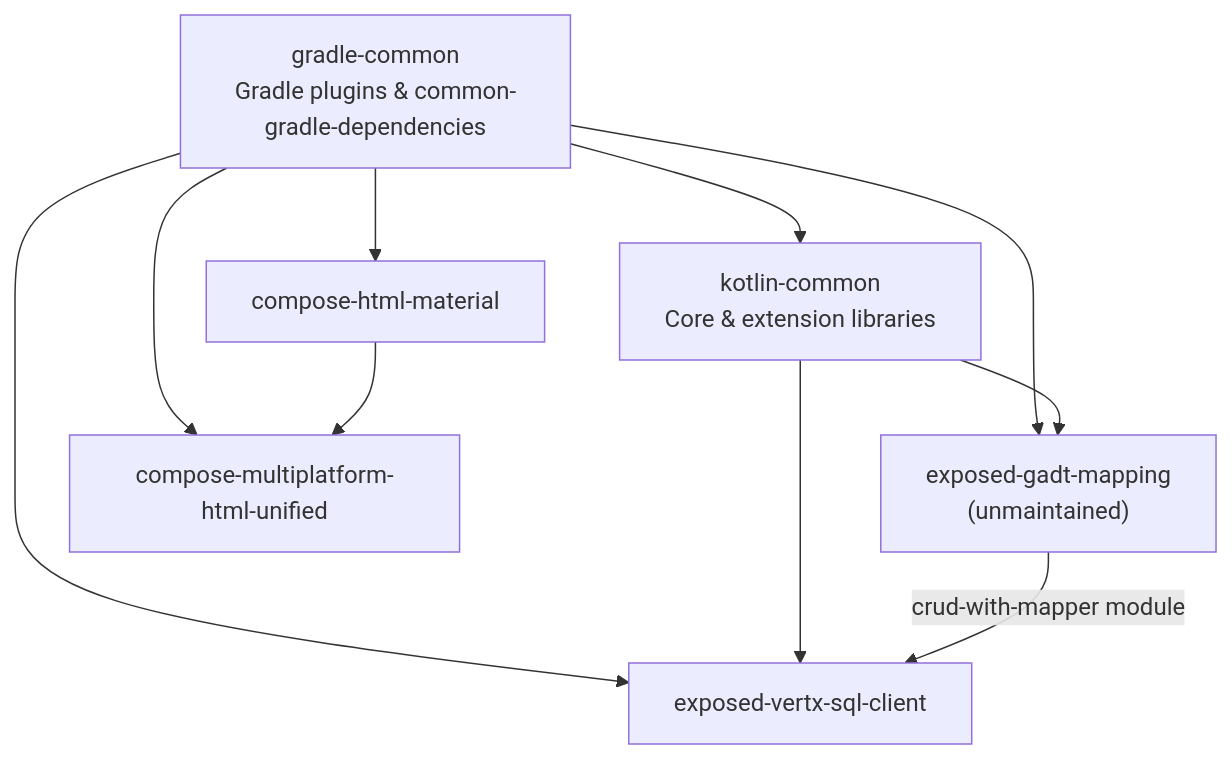
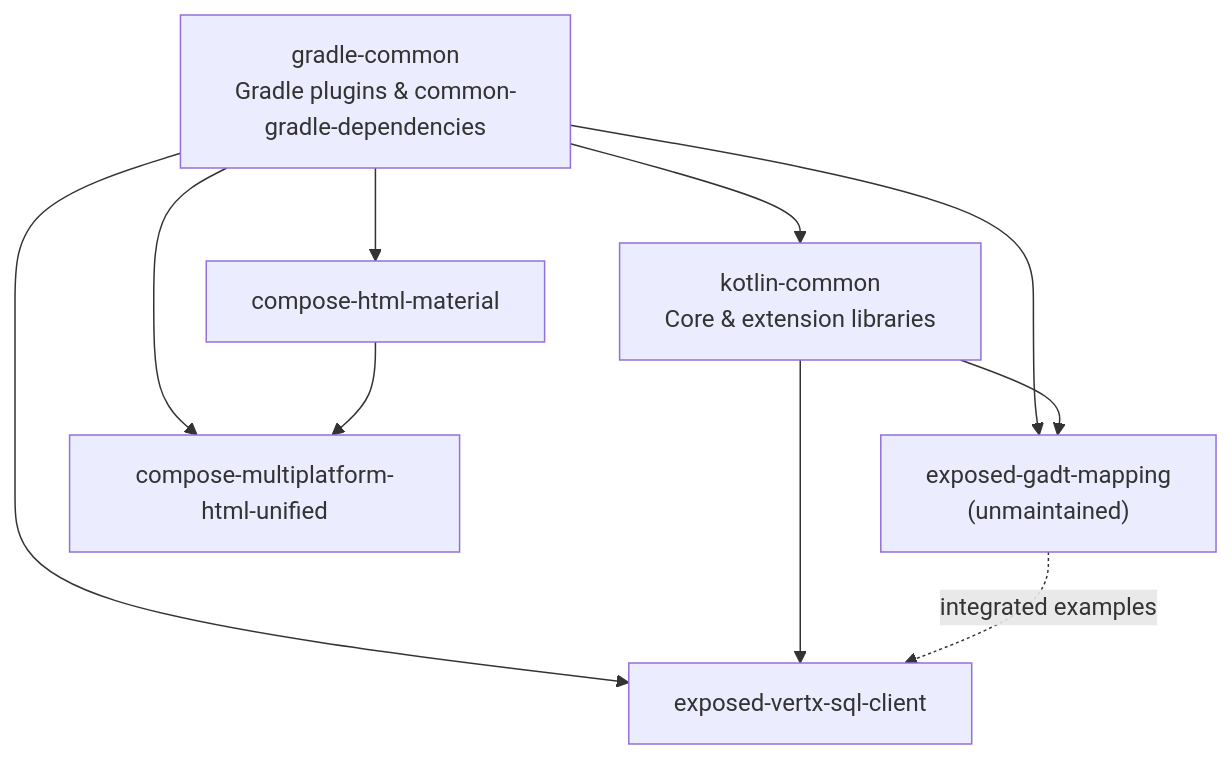
The diagram in docs/project-hierarchy.md (huanshankeji/.github), drawn with Mermaid before and after one commit. The commit also changed other lines of this file, not shown here.

Commit message:
Document mapper interfaces moving to kotlin-common
crud-with-mapper no longer depends on unmaintained exposed-gadt-mapping.
The remaining optional use is integrated examples.

````diff
--- a/docs/project-hierarchy.md
+++ b/docs/project-hierarchy.md
@@ -9,21 +9,21 @@
 ```mermaid
 flowchart TB
   gradle_common["gradle-common<br/>Gradle plugins & common-gradle-dependencies"]
   kotlin_common["kotlin-common<br/>Core & extension libraries"]
   exposed_gadt["exposed-gadt-mapping<br/>(unmaintained)"]
   compose_html["compose-html-material"]
   exposed_vertx["exposed-vertx-sql-client"]
   cmp_unified["compose-multiplatform-html-unified"]
 
   gradle_common --> kotlin_common
   gradle_common --> exposed_gadt
   gradle_common --> compose_html
   gradle_common --> exposed_vertx
   gradle_common --> cmp_unified
 
   kotlin_common --> exposed_gadt
   kotlin_common --> exposed_vertx
 
-  exposed_gadt -->|"crud-with-mapper module"| exposed_vertx
+  exposed_gadt -.->|"integrated examples"| exposed_vertx
   compose_html --> cmp_unified
 ```
````
